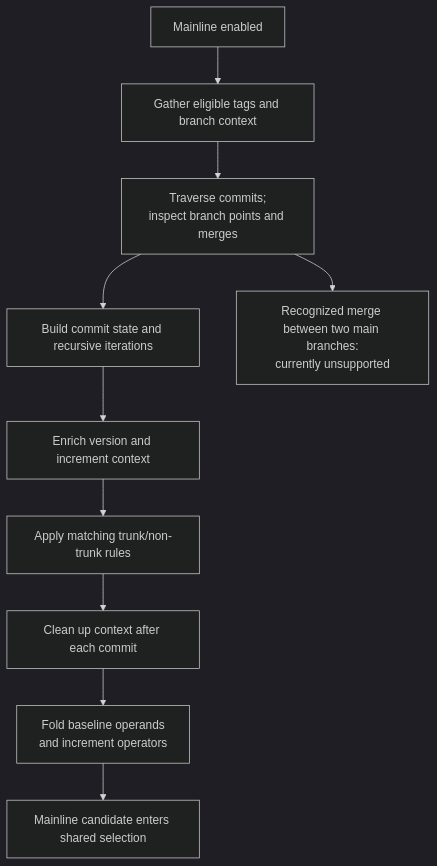
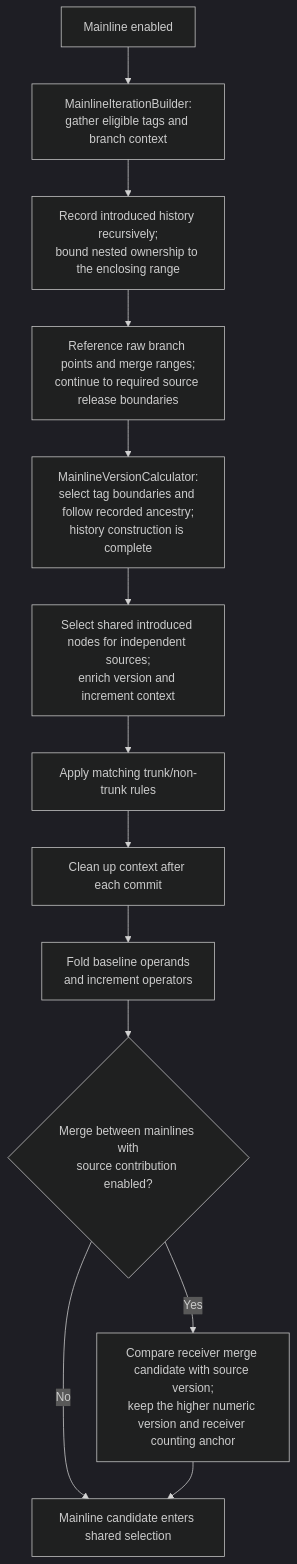
One commit to GitTools/GitVersion changed the diagram in docs/diagrams/VersionCalculation_Mainline.mmd. Above: the diagram before and after it, drawn with Mermaid (dark theme). The commit also changed 9 other files, not shown here.

Commit message:
docs: explain independent mainline branch versioning

```diff
--- a/docs/diagrams/VersionCalculation_Mainline.mmd
+++ b/docs/diagrams/VersionCalculation_Mainline.mmd
@@ -1,10 +1,13 @@
 flowchart TD
-    Enabled["Mainline enabled"] --> Tags["Gather eligible tags and branch context"]
-    Tags --> Traverse["Traverse commits;<br/>inspect branch points and merges"]
-    Traverse --> State["Build commit state and recursive iterations"]
-    State --> Pre["Enrich version and increment context"]
+    Enabled["Mainline enabled"] --> Tags["MainlineIterationBuilder:<br/>gather eligible tags and branch context"]
+    Tags --> Traverse["Record introduced history recursively;<br/>bound nested ownership to the enclosing range"]
+    Traverse --> State["Reference raw branch points and merge ranges;<br/>continue to required source release boundaries"]
+    State --> Calculate["MainlineVersionCalculator:<br/>select tag boundaries and follow recorded ancestry;<br/>history construction is complete"]
+    Calculate --> Pre["Select shared introduced nodes for independent sources;<br/>enrich version and increment context"]
     Pre --> Rules["Apply matching trunk/non-trunk rules"]
     Rules --> Post["Clean up context after each commit"]
     Post --> Fold["Fold baseline operands<br/>and increment operators"]
-    Fold --> Candidate["Mainline candidate enters shared selection"]
-    Traverse --> Unsupported["Recognized merge between two main branches:<br/>currently unsupported"]
+    Fold --> Source{"Merge between mainlines with<br/>source contribution enabled?"}
+    Source -->|No| Candidate["Mainline candidate enters shared selection"]
+    Source -->|Yes| Floor["Compare receiver merge candidate with source version;<br/>keep the higher numeric version and receiver counting anchor"]
+    Floor --> Candidate
```
